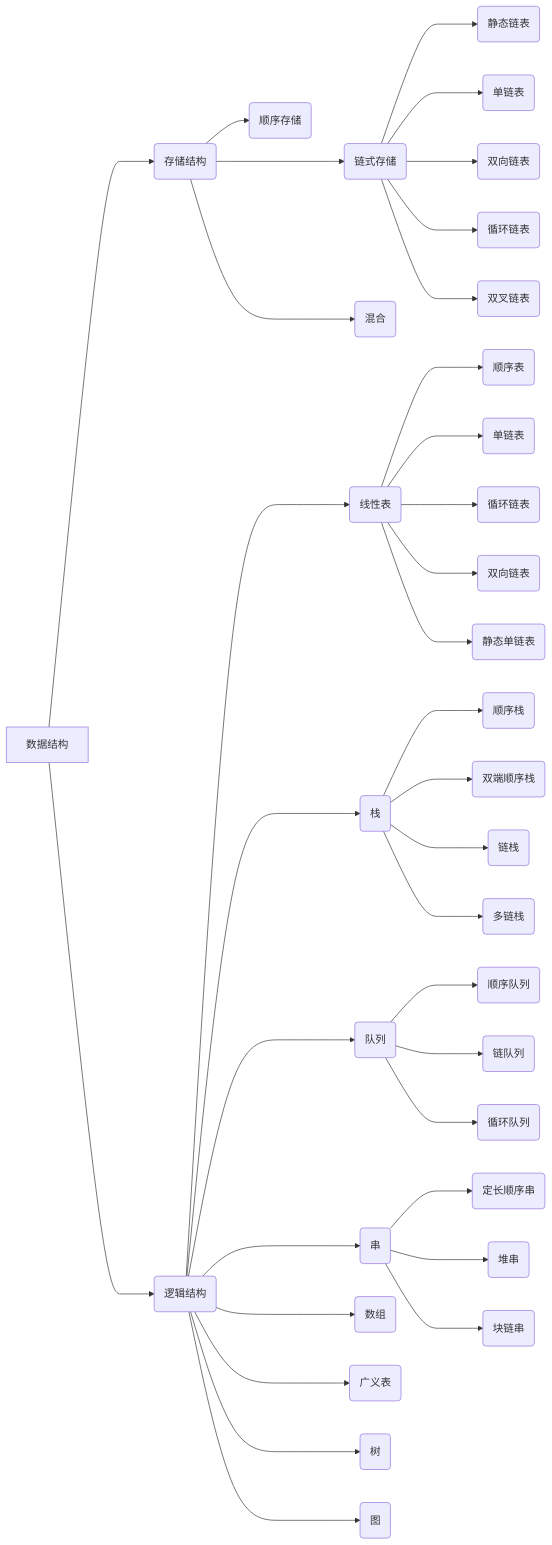
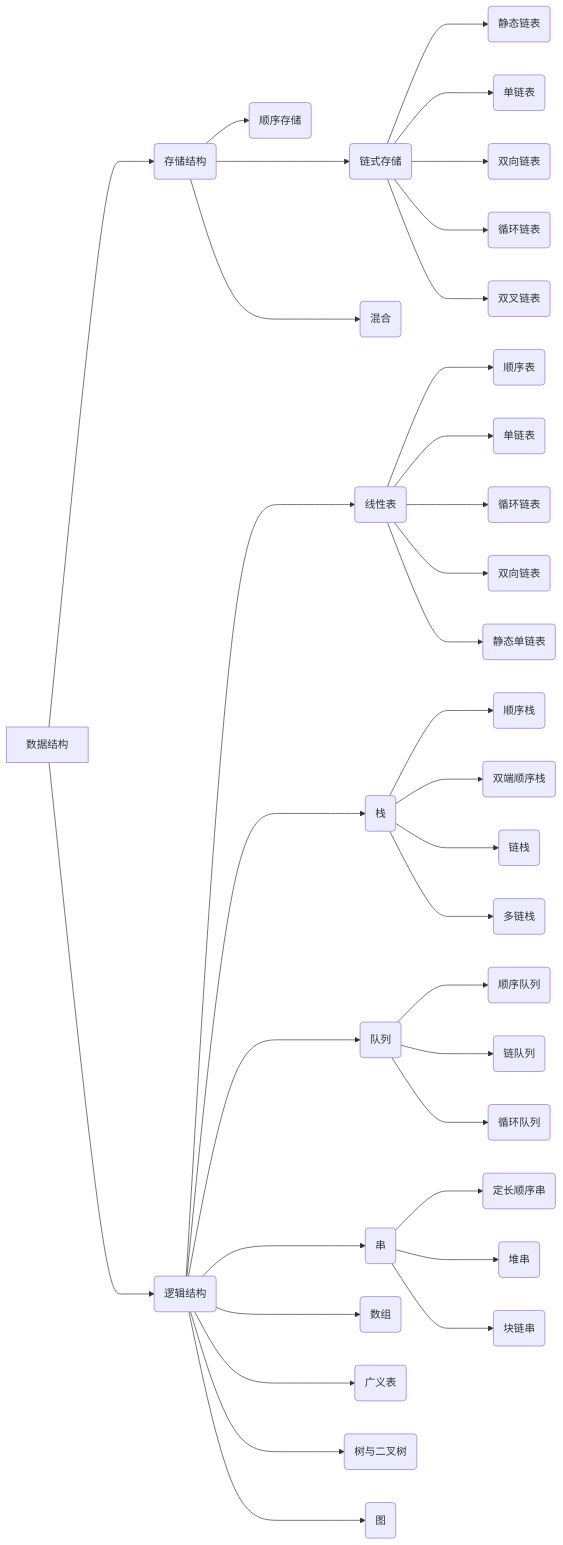
One commit to mumu176/learnc changed the diagram in md/Data Struct .md. Above: the diagram before and after it, drawn with Mermaid. The commit also changed other lines of this file, not shown here.

````diff
--- a/md/Data Struct .md
+++ b/md/Data Struct .md
@@ -5,45 +5,45 @@
 ```mermaid
 graph LR
 A[数据结构]
 A--->B1(存储结构)
 A--->B2(逻辑结构)
 
 B1-->B11(顺序存储)
 B1--->B12(链式存储)
 B1--->B13(混合)
 B2--->B20(线性表)
 B2--->B21(栈)
 B2--->B22(队列)
 B2--->B23(串)
 B2--->B24(数组)
 B2--->B25(广义表)
-B2--->B26(树)
+B2--->B26(树与二叉树)
 B2--->B27(图)
 
 B12--->B120(静态链表)
 B12--->B121(单链表)
 B12--->B122(双向链表)
 B12--->B123(循环链表)
 B12--->B124(双叉链表)
 
 B20--->B201(顺序表)
 B20--->B202(单链表)
 B20--->B203(循环链表)
 B20--->B204(双向链表)
 B20--->B205(静态单链表)
 
 B21--->B211(顺序栈)
 B21--->B212(双端顺序栈)
 B21--->B213(链栈)
 B21--->B214(多链栈)
 
 B22--->B221(顺序队列)
 B22--->B222(链队列)
 B22--->B223(循环队列)
 
 B23--->B231(定长顺序串)
 B23--->B232(堆串)
 B23--->B233(块链串)
 
 
 ```
````
